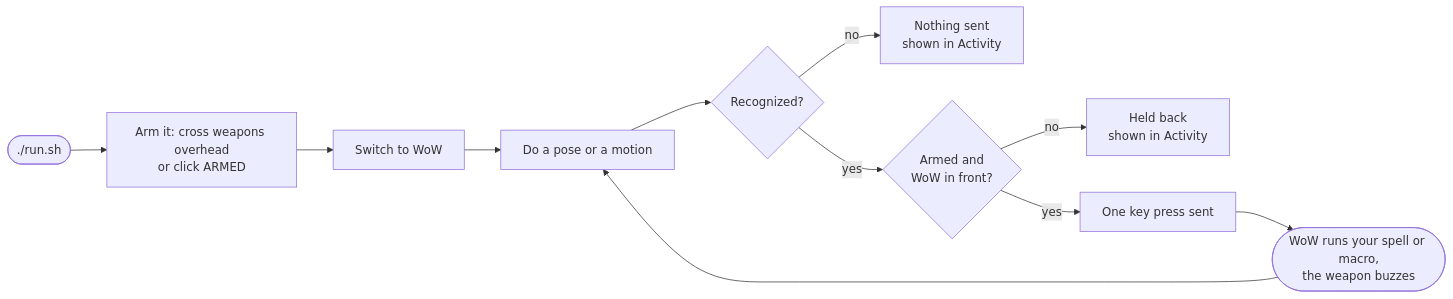
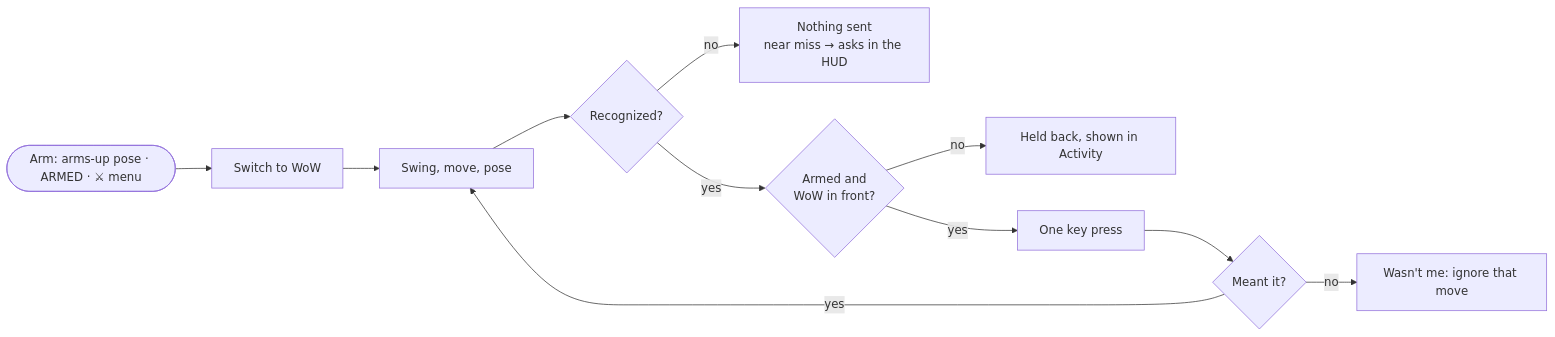
The fifth of 8 diagrams in docs/user-flows.md (Gordoburrito/mocap-wow), drawn with Mermaid before and after one commit. The commit also changed other lines of this file and 14 other files, not shown here.

````diff
--- a/docs/user-flows.md
+++ b/docs/user-flows.md
@@ -40,13 +105,13 @@
 ```mermaid
 flowchart LR
-    A([./run.sh]) --> B[Arm it: cross weapons overhead<br/>or click ARMED]
-    B --> C[Switch to WoW]
-    C --> D[Do a pose or a motion]
+    A([Arm: arms-up pose · ARMED · ⚔ menu]) --> C[Switch to WoW]
+    C --> D[Swing, move, pose]
     D --> E{Recognized?}
-    E -- no --> N[Nothing sent<br/>shown in Activity]
+    E -- no --> N[Nothing sent<br/>near miss → asks in the HUD]
     E -- yes --> F{Armed and<br/>WoW in front?}
-    F -- no --> H[Held back<br/>shown in Activity]
-    F -- yes --> I[One key press sent]
-    I --> J([WoW runs your spell or macro,<br/>the weapon buzzes])
-    J --> D
+    F -- no --> H[Held back, shown in Activity]
+    F -- yes --> I[One key press]
+    I --> W{Meant it?}
+    W -- no --> X["Wasn't me: ignore that move"]
+    W -- yes --> D
 ```
````
